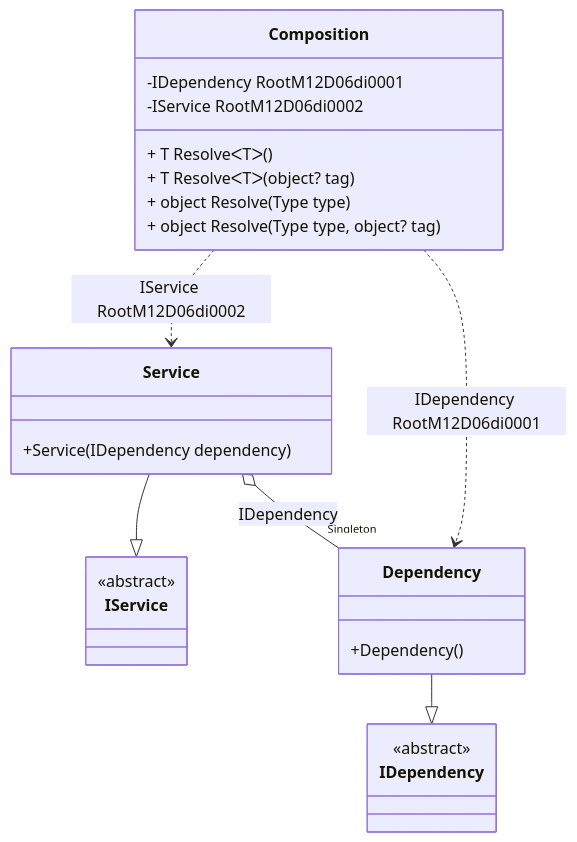
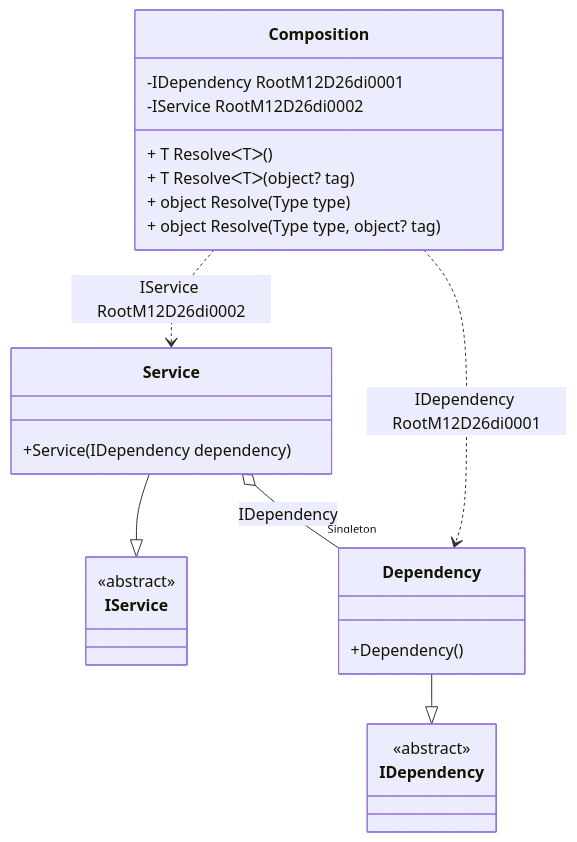
Before and after one commit to DevTeam/Pure.DI: the diagram in readme/service-collection.md, drawn with Mermaid. The commit also changed other lines of this file and 72 other files, not shown here.

````diff
--- a/readme/service-collection.md
+++ b/readme/service-collection.md
@@ -50,28 +50,28 @@
 ```mermaid
 classDiagram
   class Composition {
-    -IDependency RootM12D06di0001
-    -IService RootM12D06di0002
+    -IDependency RootM12D26di0001
+    -IService RootM12D26di0002
     + T ResolveᐸTᐳ()
     + T ResolveᐸTᐳ(object? tag)
     + object Resolve(Type type)
     + object Resolve(Type type, object? tag)
   }
   Service --|> IService : 
   class Service {
     +Service(IDependency dependency)
   }
   Dependency --|> IDependency : 
   class Dependency {
     +Dependency()
   }
   class IService {
     <<abstract>>
   }
   class IDependency {
     <<abstract>>
   }
   Service o--  "Singleton" Dependency : IDependency
-  Composition ..> Dependency : IDependency RootM12D06di0001
-  Composition ..> Service : IService RootM12D06di0002
+  Composition ..> Dependency : IDependency RootM12D26di0001
+  Composition ..> Service : IService RootM12D26di0002
 ```
````
